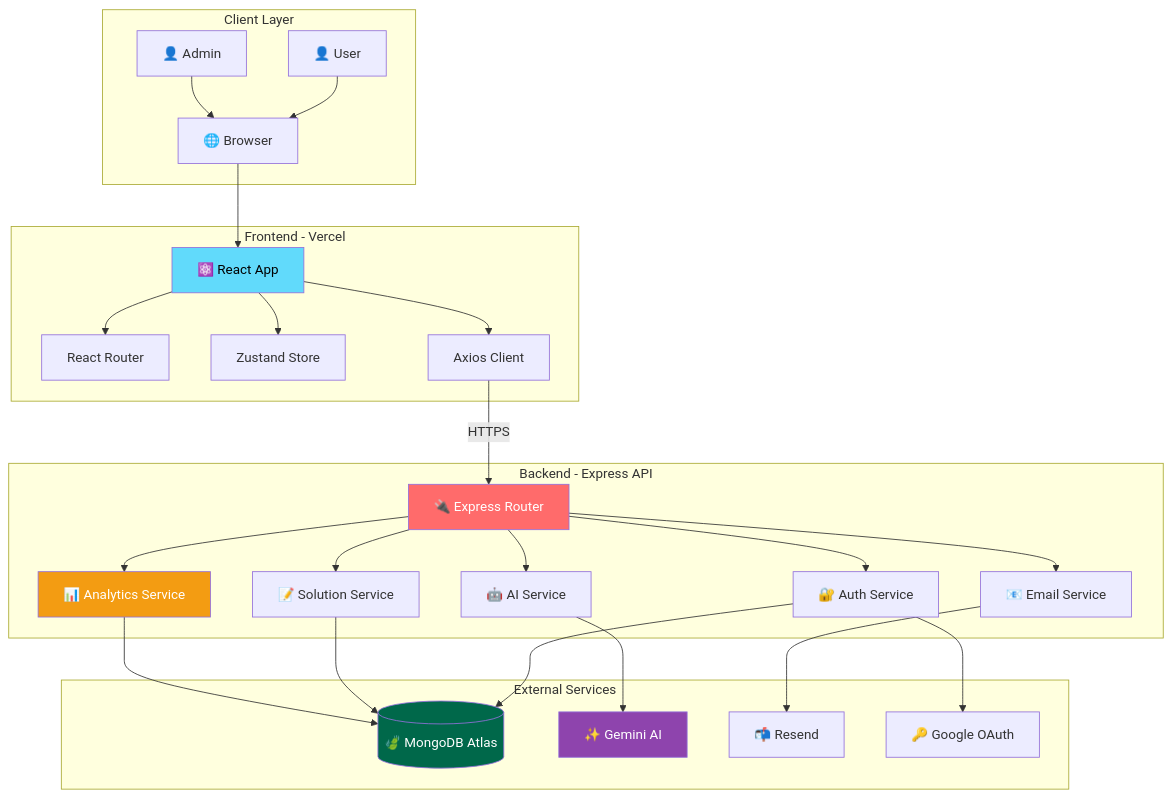
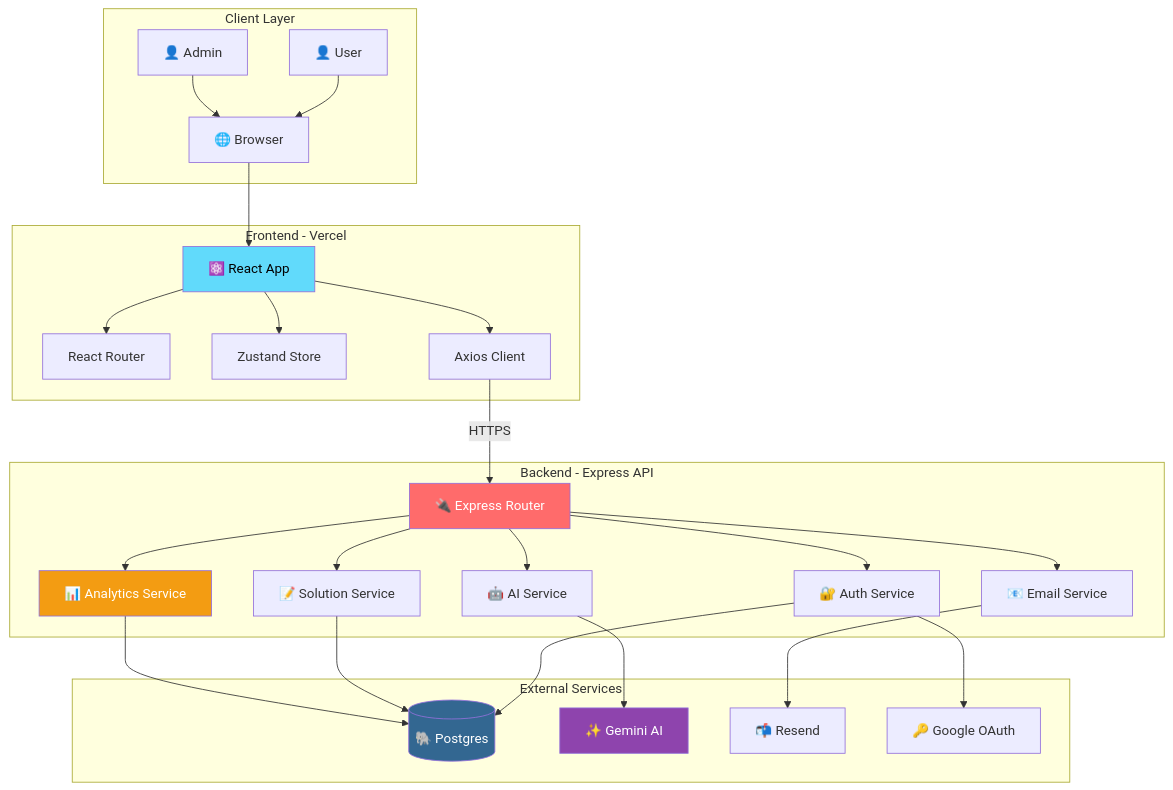
Before and after one commit to AbhishekBalija/MathGPT: the first of 8 diagrams in docs/architecture.md, drawn with Mermaid. The commit also changed other lines of this file and 16 other files, not shown here.

````diff
--- a/docs/architecture.md
+++ b/docs/architecture.md
@@ -9,58 +9,58 @@
 ```mermaid
 graph TB
     subgraph "Client Layer"
         USER["👤 User"]
         ADMIN["👤 Admin"]
         BROWSER["🌐 Browser"]
     end
 
     subgraph "Frontend - Vercel"
         REACT["⚛️ React App"]
         ROUTER["React Router"]
         ZUSTAND["Zustand Store"]
         AXIOS["Axios Client"]
     end
 
     subgraph "Backend - Express API"
         API["🔌 Express Router"]
         AUTH["🔐 Auth Service"]
         AI["🤖 AI Service"]
         SOLUTION["📝 Solution Service"]
         EMAIL["📧 Email Service"]
         ANALYTICS["📊 Analytics Service"]
     end
 
     subgraph "External Services"
-        MONGODB[("🍃 MongoDB Atlas")]
+        POSTGRES[("🐘 Postgres")]
         GEMINI["✨ Gemini AI"]
         RESEND["📬 Resend"]
         GOOGLE["🔑 Google OAuth"]
     end
 
     USER --> BROWSER
     ADMIN --> BROWSER
     BROWSER --> REACT
     REACT --> ROUTER
     REACT --> ZUSTAND
     REACT --> AXIOS
     AXIOS -->|HTTPS| API
 
     API --> AUTH
     API --> AI
     API --> SOLUTION
     API --> EMAIL
     API --> ANALYTICS
 
-    AUTH --> MONGODB
+    AUTH --> POSTGRES
     AUTH --> GOOGLE
-    SOLUTION --> MONGODB
+    SOLUTION --> POSTGRES
     AI --> GEMINI
     EMAIL --> RESEND
-    ANALYTICS --> MONGODB
+    ANALYTICS --> POSTGRES
 
     style REACT fill:#61dafb,color:#000
-    style MONGODB fill:#00684a,color:#fff
+    style POSTGRES fill:#336791,color:#fff
     style GEMINI fill:#8e44ad,color:#fff
     style API fill:#ff6b6b,color:#fff
     style ANALYTICS fill:#f39c12,color:#fff
 ```
````
